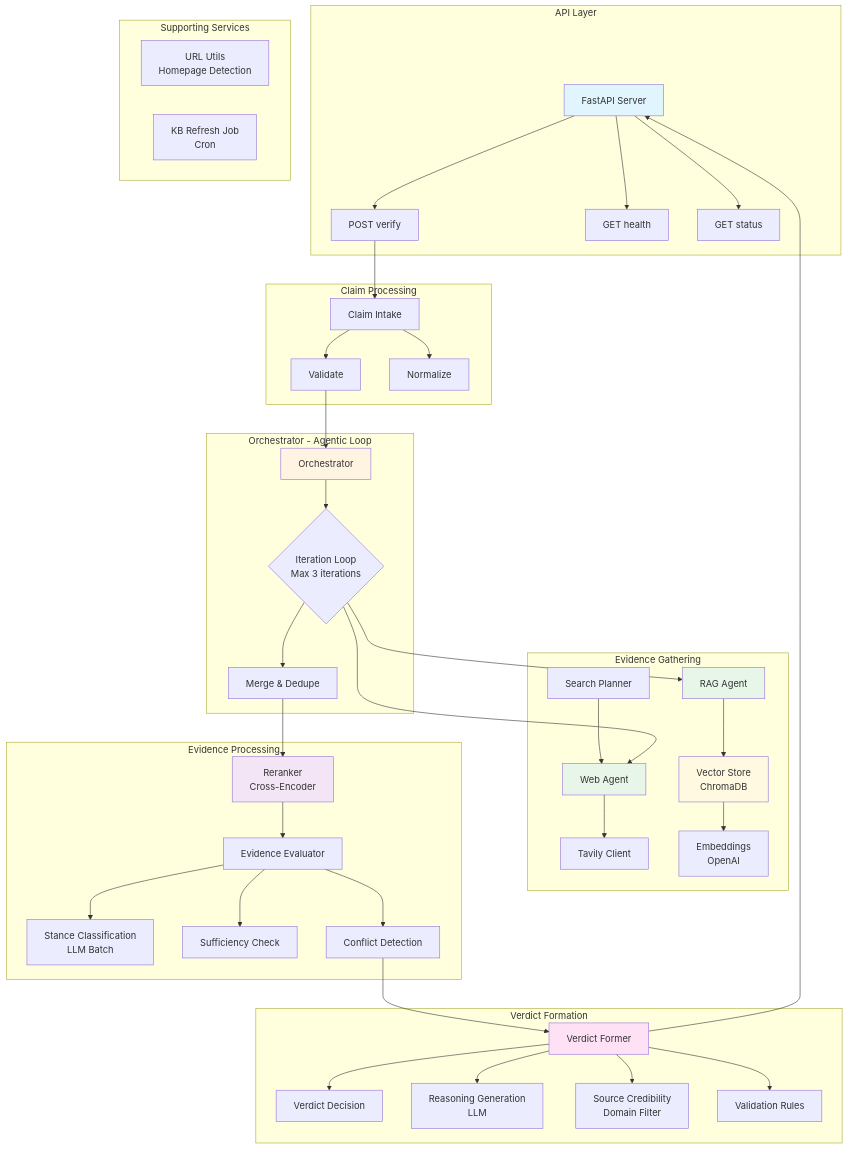
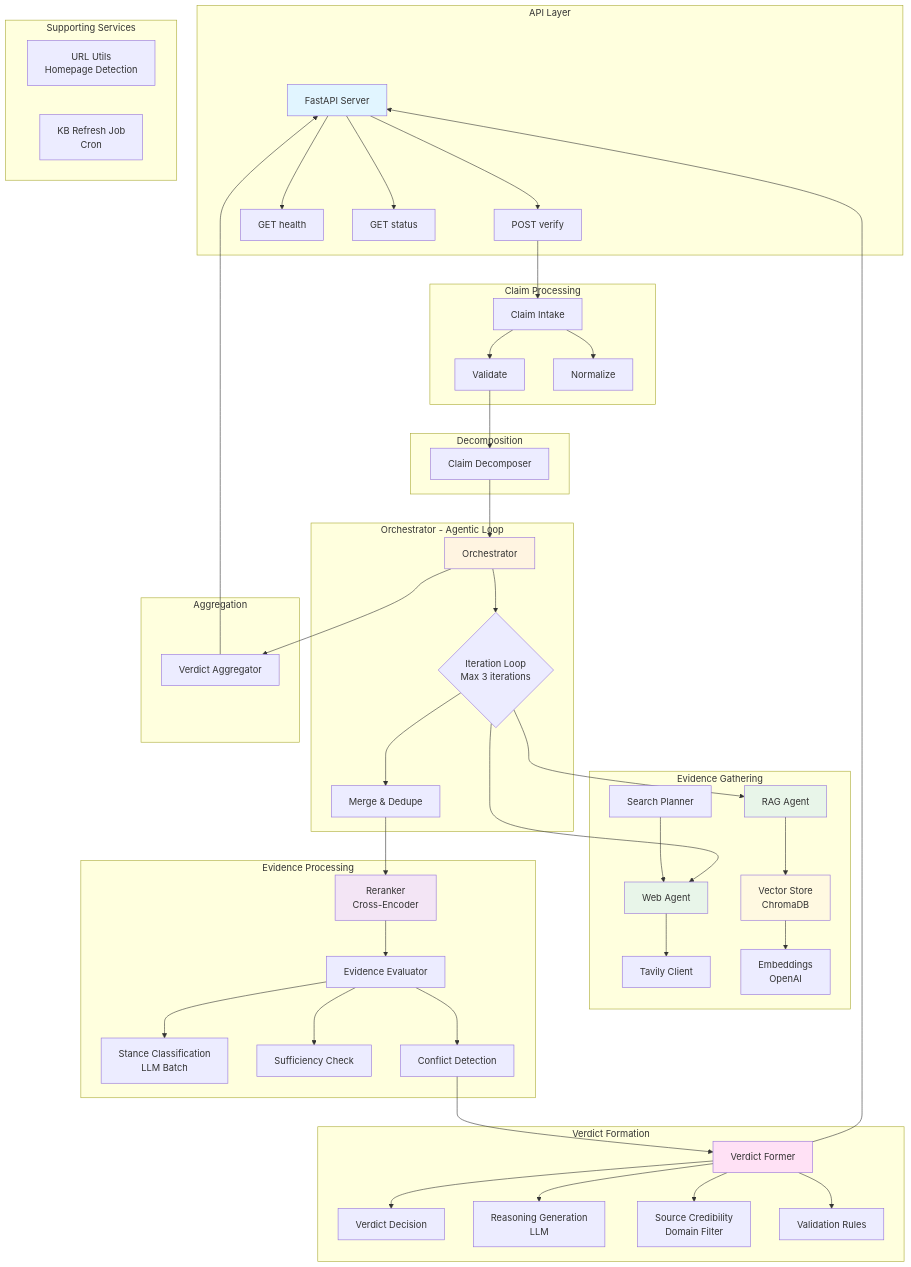
One commit to AyushMangroliya15/news-verification-rag changed the first of 2 diagrams in ARCHITECTURE_DIAGRAM.md. Above: the diagram before and after it, drawn with Mermaid. The commit also changed other lines of this file and 11 other files, not shown here.

First line of the commit message:
Add claim decomposition and aggregation functionality

```diff
--- a/ARCHITECTURE_DIAGRAM.md
+++ b/ARCHITECTURE_DIAGRAM.md
@@ -22,12 +22,20 @@
         CI --> NORM
     end
 
+    subgraph "Decomposition"
+        DECOMP[Claim Decomposer]
+    end
+
     subgraph "Orchestrator - Agentic Loop"
         ORCH[Orchestrator]
         MERGE[Merge & Dedupe]
         LOOP{Iteration Loop<br/>Max 3 iterations}
         ORCH --> LOOP
         LOOP --> MERGE
+    end
+
+    subgraph "Aggregation"
+        AGG[Verdict Aggregator]
     end
 
     subgraph "Evidence Gathering"
@@ -76,12 +84,15 @@
     end
 
     EP1 --> CI
-    VAL --> ORCH
+    VAL --> DECOMP
+    DECOMP --> ORCH
     LOOP --> WEB
     LOOP --> RAG
     MERGE --> RERANK
     CONFLICT --> VF
     VF --> API
+    ORCH --> AGG
+    AGG --> API
 
     style API fill:#e1f5ff
     style ORCH fill:#fff4e1
```
